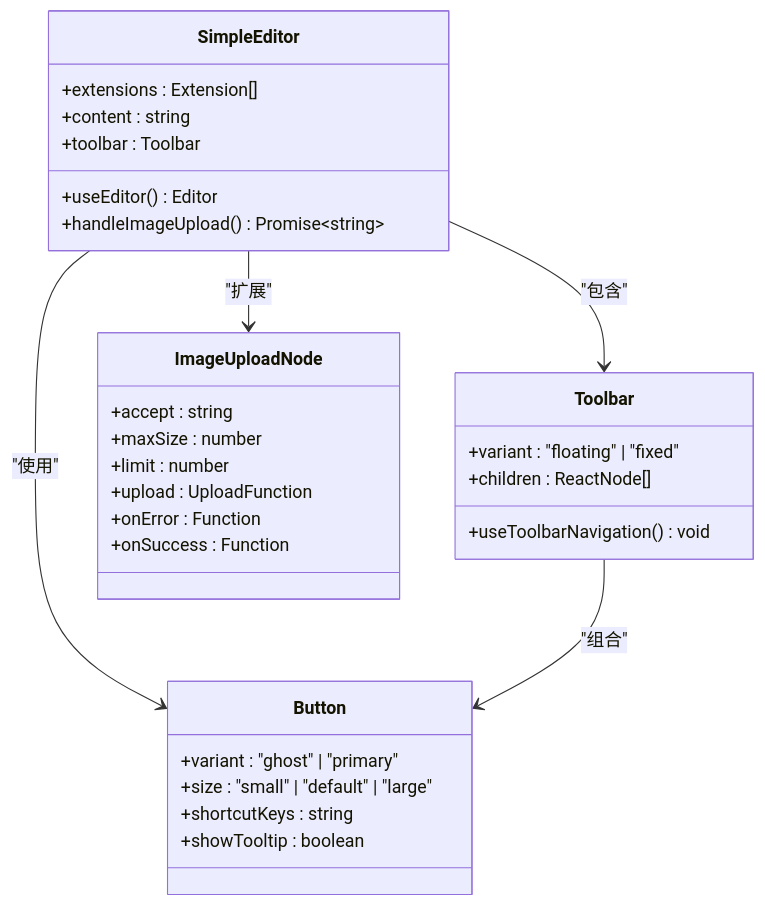
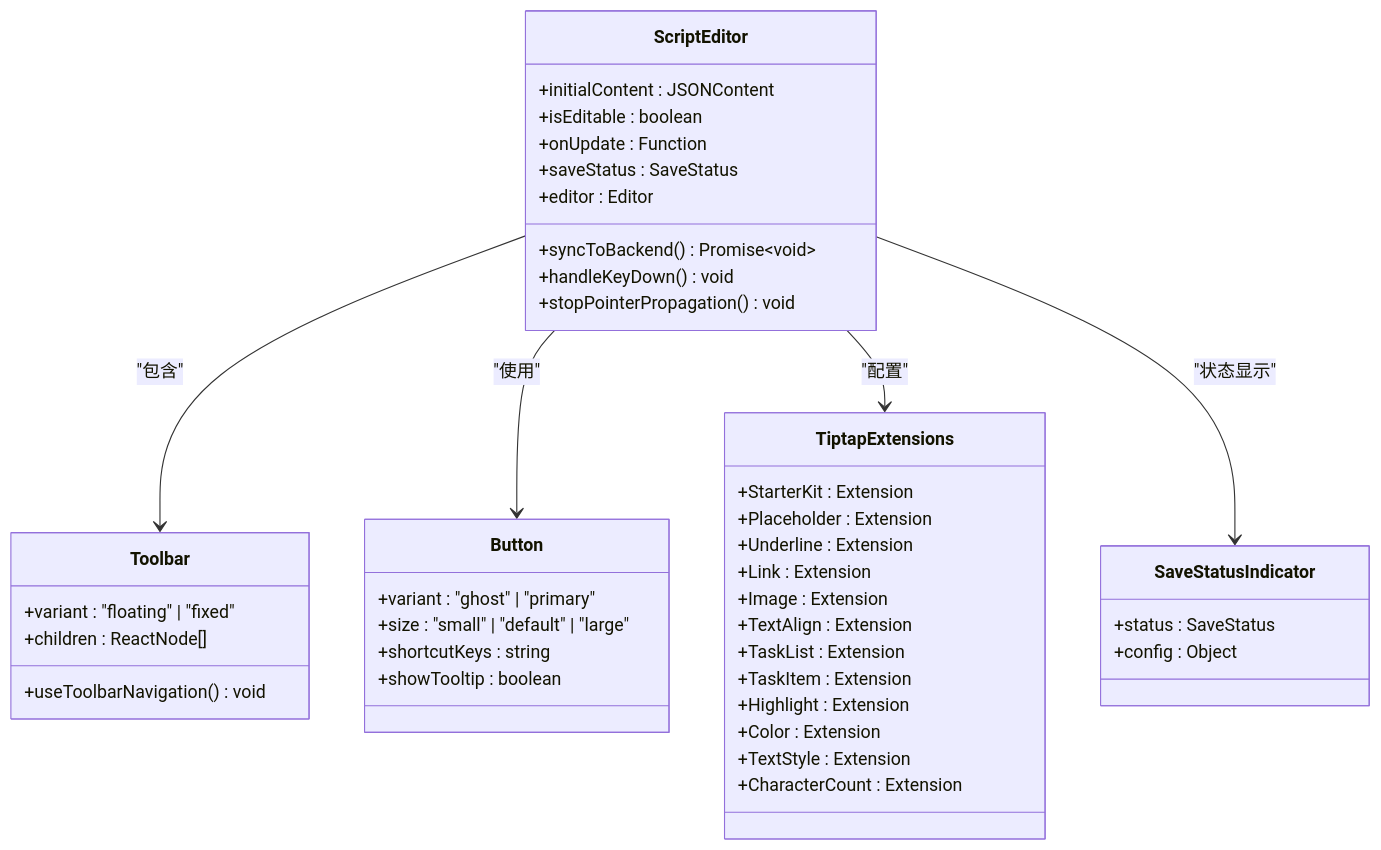
The second of 10 diagrams in .qoder/repowiki/zh/content/前端开发指南/富文本编辑系统.md (KunLabAI/KunFlix), drawn with Mermaid before and after one commit. The commit also changed other lines of this file and 24 other files, not shown here.

````diff
--- a/.qoder/repowiki/zh/content/前端开发指南/富文本编辑系统.md
+++ b/.qoder/repowiki/zh/content/前端开发指南/富文本编辑系统.md
@@ -87,33 +106,46 @@
 ```mermaid
 classDiagram
-class SimpleEditor {
-+useEditor() Editor
-+extensions : Extension[]
-+content : string
-+toolbar : Toolbar
-+handleImageUpload() Promise~string~
+class ScriptEditor {
++initialContent : JSONContent
++isEditable : boolean
++onUpdate : Function
++saveStatus : SaveStatus
++editor : Editor
++syncToBackend() Promise~void~
++handleKeyDown() void
++stopPointerPropagation() void
+}
+class SaveStatusIndicator {
++status : SaveStatus
++config : Object
 }
 class Toolbar {
 +variant : "floating" | "fixed"
 +children : ReactNode[]
 +useToolbarNavigation() void
 }
 class Button {
 +variant : "ghost" | "primary"
 +size : "small" | "default" | "large"
 +shortcutKeys : string
 +showTooltip : boolean
 }
-class ImageUploadNode {
-+accept : string
-+maxSize : number
-+limit : number
-+upload : UploadFunction
-+onError : Function
-+onSuccess : Function
+class TiptapExtensions {
++StarterKit : Extension
++Placeholder : Extension
++Underline : Extension
++Link : Extension
++Image : Extension
++TextAlign : Extension
++TaskList : Extension
++TaskItem : Extension
++Highlight : Extension
++Color : Extension
++TextStyle : Extension
++CharacterCount : Extension
 }
-SimpleEditor --> Toolbar : "包含"
-SimpleEditor --> Button : "使用"
-SimpleEditor --> ImageUploadNode : "扩展"
-Toolbar --> Button : "组合"
+ScriptEditor --> Toolbar : "包含"
+ScriptEditor --> Button : "使用"
+ScriptEditor --> TiptapExtensions : "配置"
+ScriptEditor --> SaveStatusIndicator : "状态显示"
 ```
````
